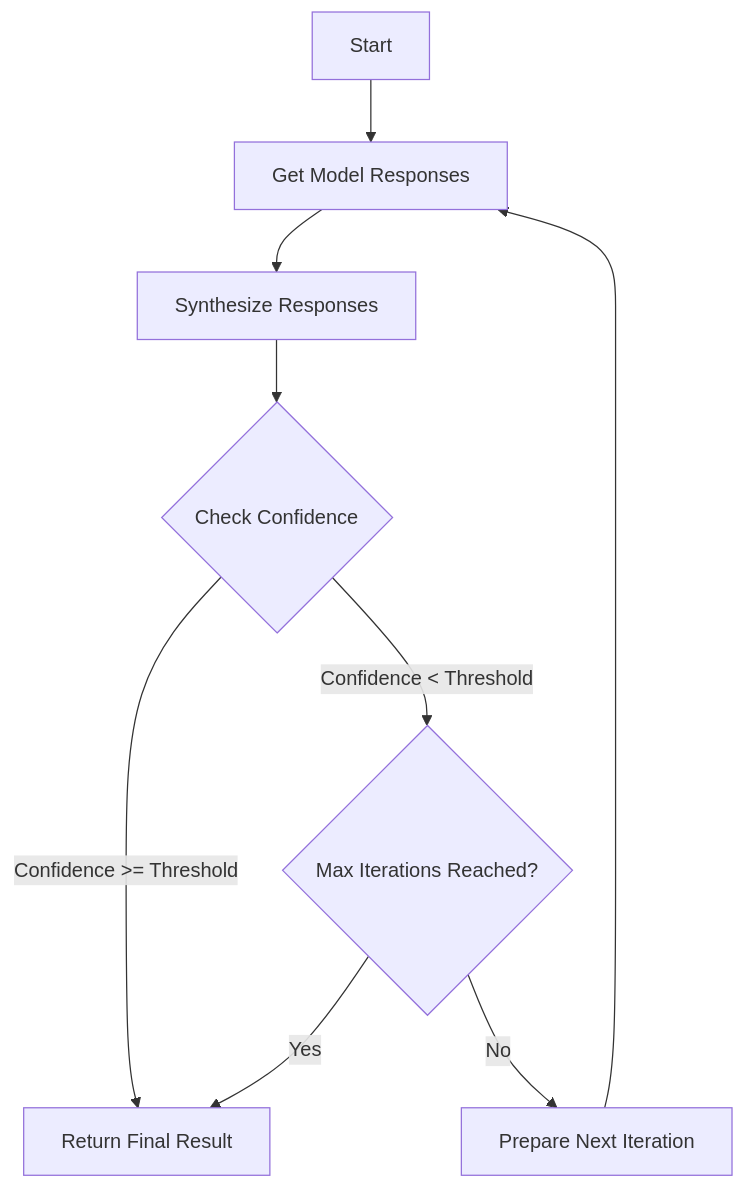
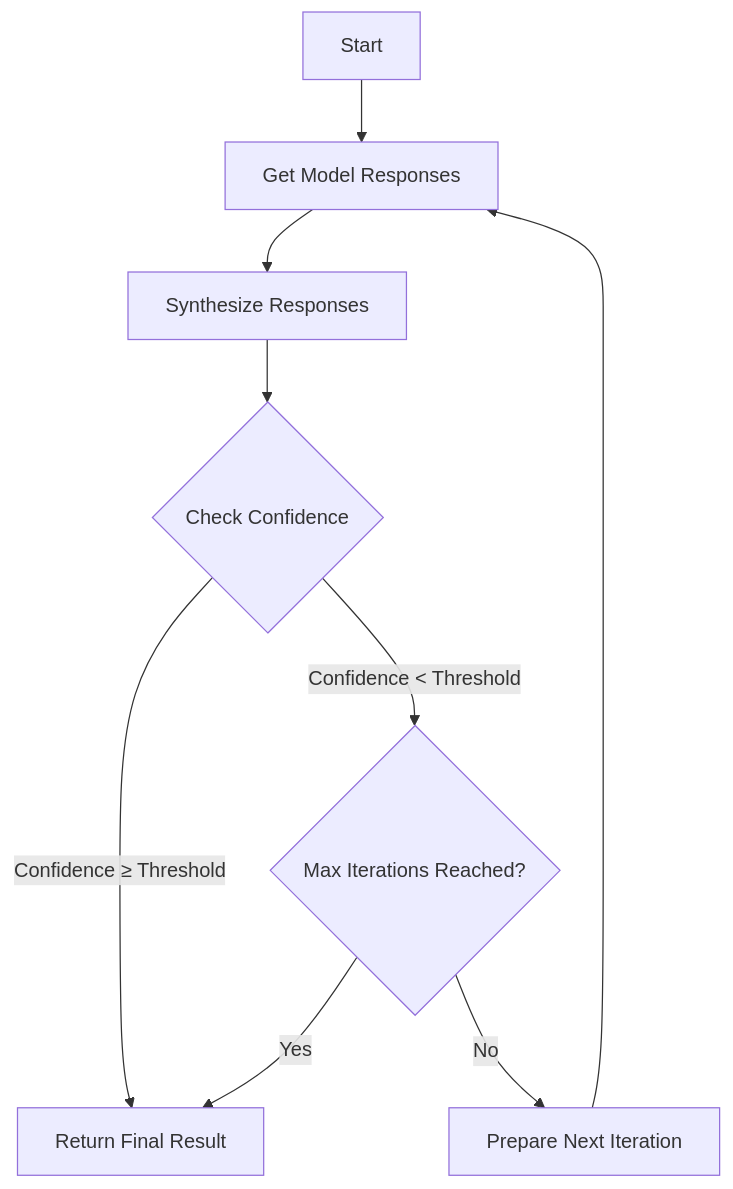
The diagram in README.md (vps/llm-consortium), drawn with Mermaid before and after one commit. The commit also changed other lines of this file and 19 other files, not shown here.

````diff
--- a/README.md
+++ b/README.md
@@ -15,11 +13,11 @@
 ```mermaid
 flowchart TD
     A[Start] --> B[Get Model Responses]
     B --> C[Synthesize Responses]
     C --> D{Check Confidence}
-    D -- Confidence >= Threshold --> E[Return Final Result]
+    D -- Confidence ≥ Threshold --> E[Return Final Result]
     D -- Confidence < Threshold --> F{Max Iterations Reached?}
     F -- No --> G[Prepare Next Iteration]
     G --> B
     F -- Yes --> E
 ```
````
